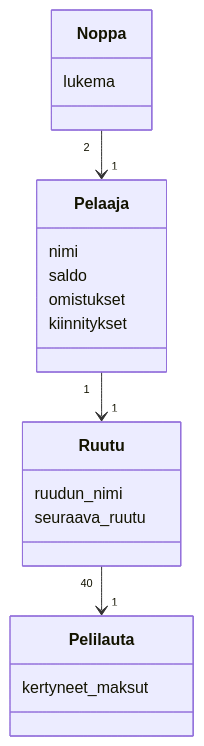
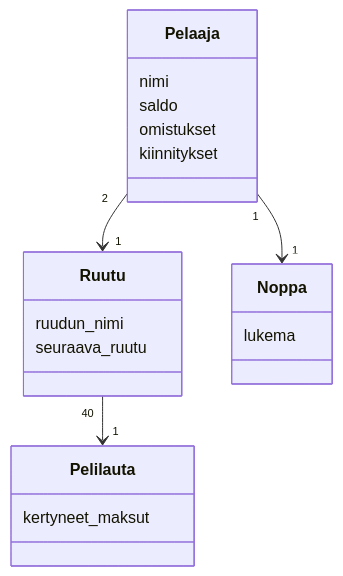
One commit to lkauria/ot-harjoitustyo changed the diagram in laskarit/viikko3/monopoli-luokkakaavio.md. Above: the diagram before and after it, drawn with Mermaid.

Commit message:
changed class diagram logic

````diff
--- a/laskarit/viikko3/monopoli-luokkakaavio.md
+++ b/laskarit/viikko3/monopoli-luokkakaavio.md
@@ -5,22 +5,22 @@
 ```mermaid
  classDiagram
-      Pelaaja "1" --> "1" Ruutu
+      Pelaaja "2" --> "1" Ruutu
       Ruutu "40" --> "1" Pelilauta
-      Noppa "2" --> "1" Pelaaja
+      Pelaaja "1" --> "1" Noppa
       class Noppa{
           lukema
       }
       class Pelaaja{
           nimi
           saldo
           omistukset
           kiinnitykset
       }
       class Pelilauta{
           kertyneet_maksut
       }
       class Ruutu{
           ruudun_nimi
           seuraava_ruutu
       }
 ```
````
